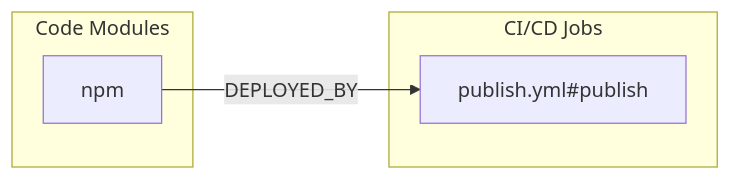
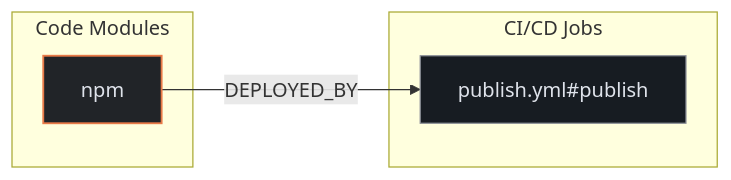
One commit to kumarshaz/atruss-code-atlas changed the second of 3 diagrams in exports/latest/reports/appwrite-sdk-for-cli-report.md. Above: the diagram before and after it, drawn with Mermaid. The commit also changed other lines of this file and 331 other files, not shown here.

Commit message:
docs,ui,fix: update SDLC docs, reorder CI/CD DAG first, stylize Mermaid, and fix Arc42 pipeline topology

````diff
--- a/exports/latest/reports/appwrite-sdk-for-cli-report.md
+++ b/exports/latest/reports/appwrite-sdk-for-cli-report.md
@@ -181,10 +188,14 @@
 ```mermaid
 flowchart LR
+    classDef atlasCategory fill:#212428,stroke:#E87A48,stroke-width:1.5px,color:#dfe3eb
+    classDef atlasWorkflow fill:#1b2026,stroke:#a3c9ff,stroke-width:1.5px,color:#dfe3eb
+    classDef atlasJob fill:#171c22,stroke:#8d9199,stroke-width:1px,color:#dfe3eb
+    classDef atlasTarget fill:#005227,stroke:#8bd99b,stroke-width:1.5px,color:#a7f6b6
     subgraph code_modules["Code Modules"]
-        mod_npm["npm"]
+        mod_npm["npm"]:::atlasCategory
     end
     subgraph ci_jobs["CI/CD Jobs"]
-        job_publish_yml_publish["publish.yml#publish"]
+        job_publish_yml_publish["publish.yml#publish"]:::atlasJob
     end
     mod_npm -->|DEPLOYED_BY| job_publish_yml_publish
 ```
````
